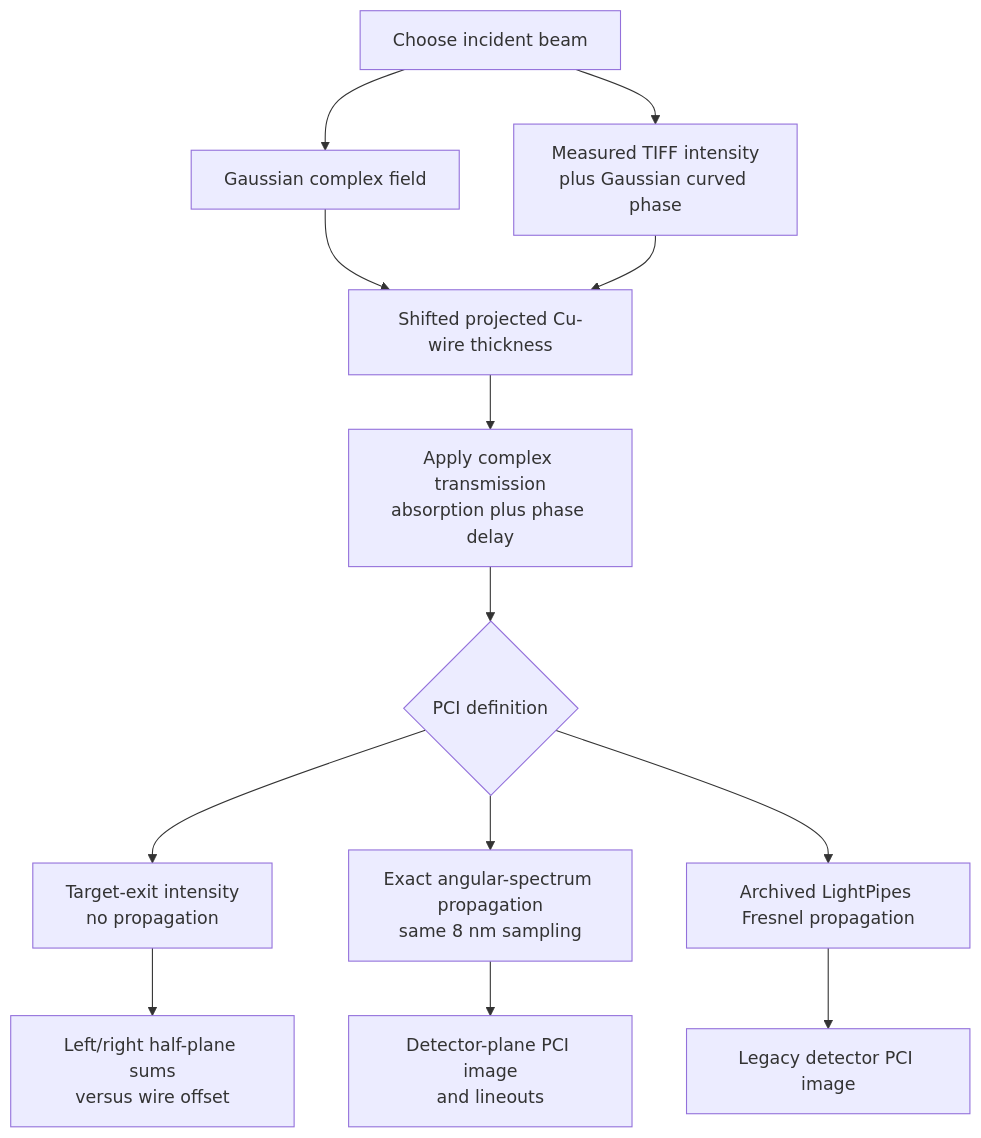
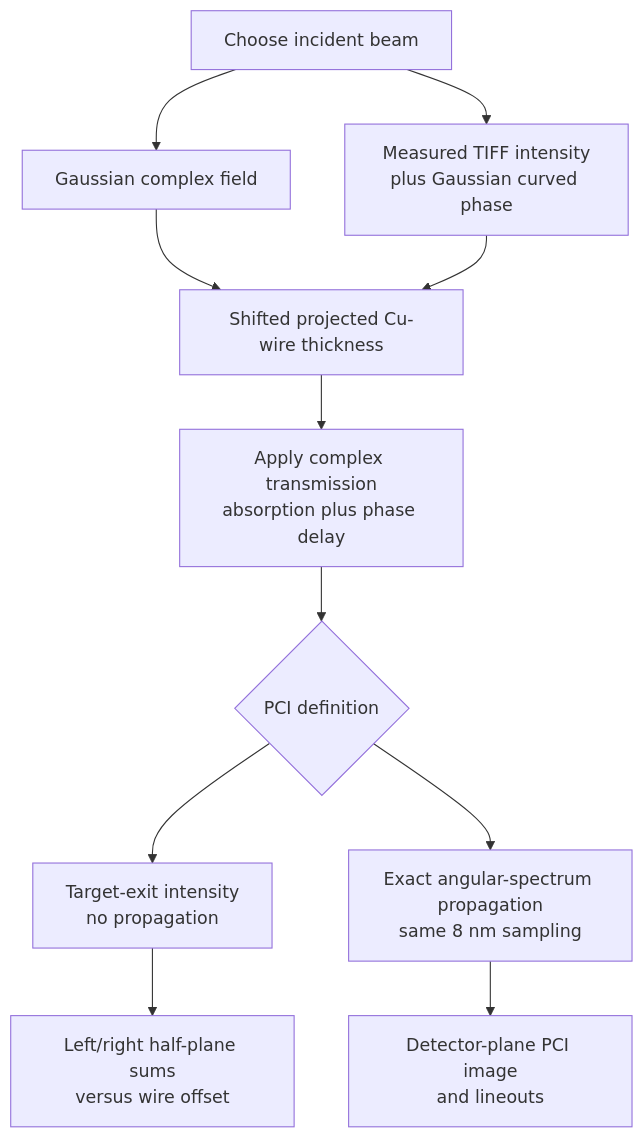
The first of 2 diagrams in PCI_Codebase/docs/pci_calculation_workflows.md (wenfe/PCI_Codebase), drawn with Mermaid before and after one commit. The commit also changed other lines of this file and 53 other files, not shown here.

````diff
--- a/PCI_Codebase/docs/pci_calculation_workflows.md
+++ b/PCI_Codebase/docs/pci_calculation_workflows.md
@@ -19,15 +19,14 @@
 ```mermaid
 flowchart TD
     A[Choose incident beam] --> A1[Gaussian complex field]
     A --> A2[Measured TIFF intensity<br/>plus Gaussian curved phase]
     A1 --> B[Shifted projected Cu-wire thickness]
     A2 --> B
     B --> C[Apply complex transmission<br/>absorption plus phase delay]
     C --> D{PCI definition}
     D --> E[Target-exit intensity<br/>no propagation]
     D --> F[Exact angular-spectrum propagation<br/>same 8 nm sampling]
-    D --> G[Archived LightPipes Fresnel propagation]
     E --> H[Left/right half-plane sums<br/>versus wire offset]
     F --> I[Detector-plane PCI image<br/>and lineouts]
-    G --> J[Legacy detector PCI image]
+
 ```
````
